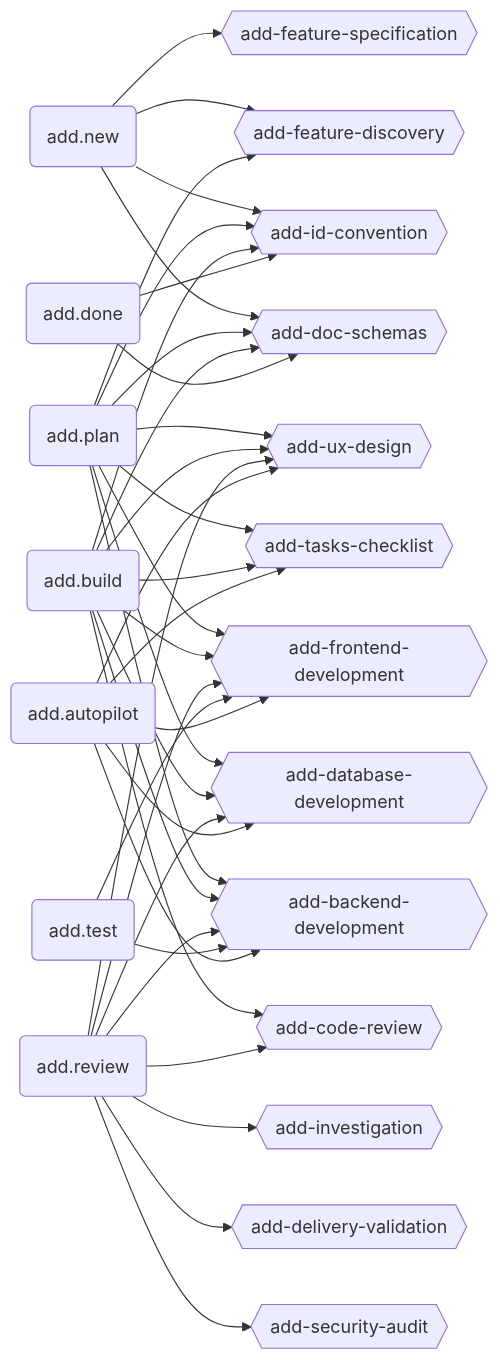
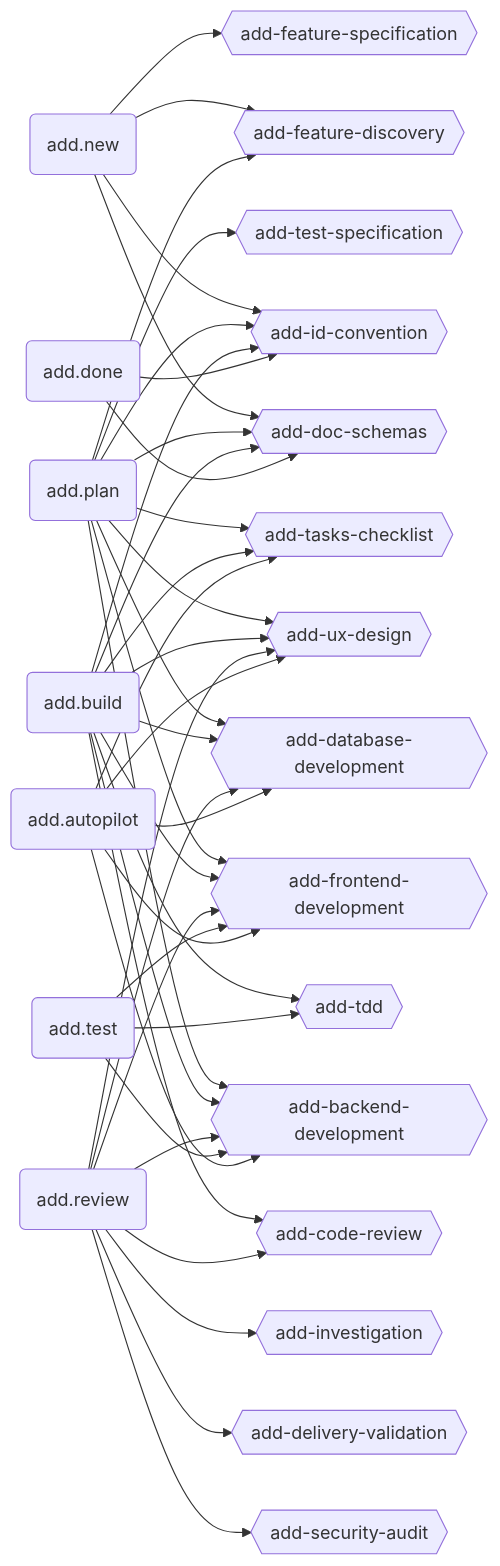
Before and after one commit to brabos-ai/code-addiction: the first of 4 diagrams in ecosystem.md, drawn with Mermaid. The commit also changed 2 other files, not shown here.

Commit message:
docs: sync ecosystem map and web docs for add-tdd/add-test-specification skills

````diff
--- a/ecosystem.md
+++ b/ecosystem.md
@@ -15,32 +15,34 @@
 ```mermaid
 graph LR
   NEW(add.new)
   PLAN(add.plan)
   BUILD(add.build)
   REVIEW(add.review)
   DONE(add.done)
   TEST(add.test)
   AUTO(add.autopilot)
 
   DS{{add-doc-schemas}}
   ID{{add-id-convention}}
   TC{{add-tasks-checklist}}
   BE{{add-backend-development}}
   FE{{add-frontend-development}}
   DB{{add-database-development}}
   UX{{add-ux-design}}
   CR{{add-code-review}}
   SA{{add-security-audit}}
   DV{{add-delivery-validation}}
   IV{{add-investigation}}
   FD{{add-feature-discovery}}
   FS{{add-feature-specification}}
+  TDD{{add-tdd}}
+  TSPEC{{add-test-specification}}
 
   NEW --> DS & ID & FD & FS
-  PLAN --> DS & ID & TC & BE & FE & DB & UX & FD
-  BUILD --> DS & ID & TC & BE & FE & DB & UX & CR
+  PLAN --> DS & ID & TC & BE & FE & DB & UX & FD & TSPEC
+  BUILD --> DS & ID & TC & BE & FE & DB & UX & CR & TDD
   REVIEW --> CR & BE & FE & DB & UX & SA & DV & IV
   DONE --> DS & ID
-  TEST --> BE & FE
+  TEST --> BE & FE & TDD
   AUTO --> TC & BE & FE & DB & UX
 ```
````
